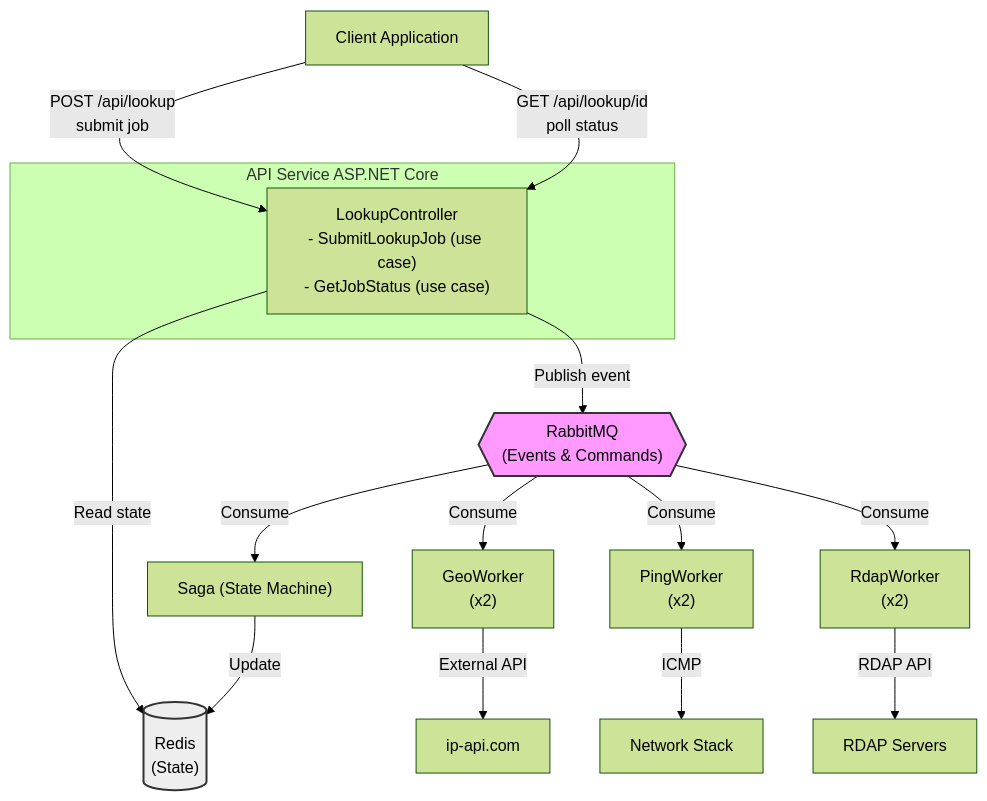
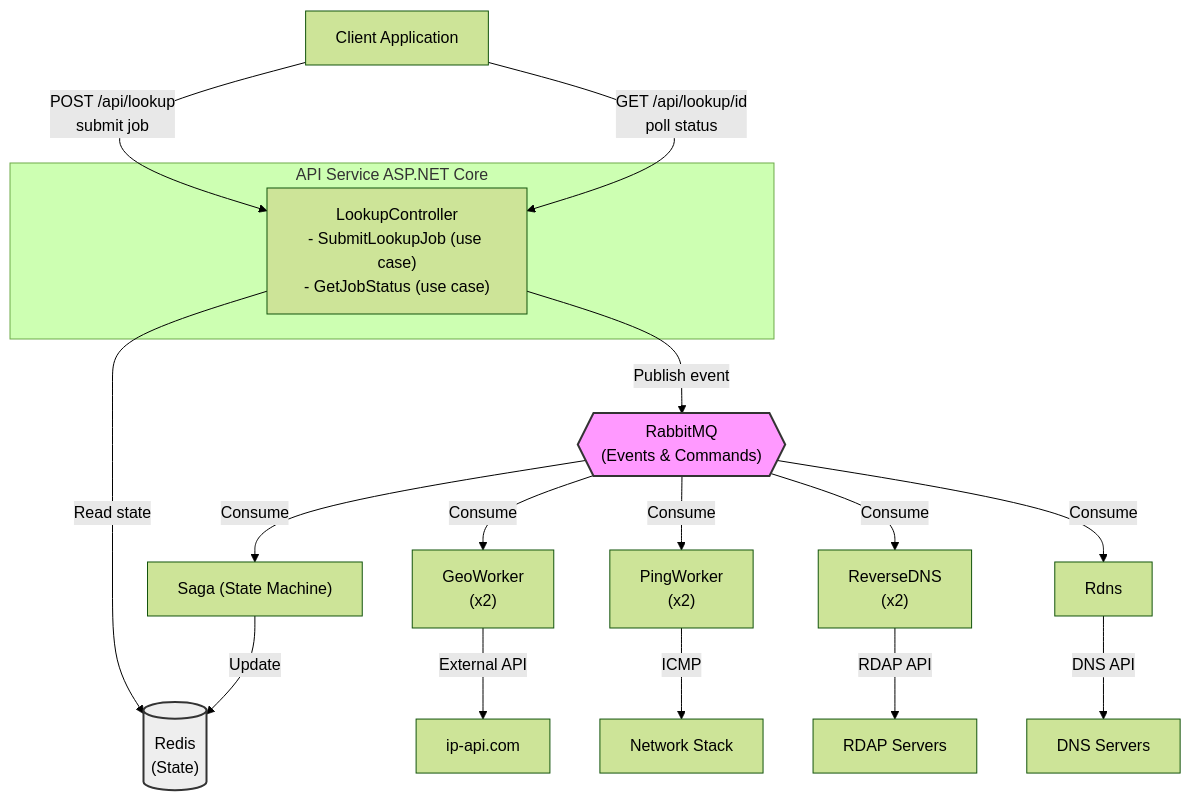
Before and after one commit to sanaullahmohammed/DistributedLookup: the first of 13 diagrams in DIAGRAMS.md, drawn with Mermaid (forest theme). The commit also changed other lines of this file and 3 other files, not shown here.

Commit message:
docs: Update project documentation to reflect .NET 10 upgrade and clarify architecture highlights

````diff
--- a/DIAGRAMS.md
+++ b/DIAGRAMS.md
@@ -5,49 +5,53 @@
 ```mermaid
 graph TD
     %% Nodes
     Client[Client Application]
 
     subgraph API_Service [API Service ASP.NET Core]
         Controller["LookupController<br/>- SubmitLookupJob (use case)<br/>- GetJobStatus (use case)"]
     end
 
     RabbitMQ{{"RabbitMQ<br/>(Events & Commands)"}}
     Redis[("Redis<br/>(State)")]
 
     %% Workers
     Saga["Saga (State Machine)"]
     Geo["GeoWorker<br/>(x2)"]
     Ping["PingWorker<br/>(x2)"]
     Rdap["RdapWorker<br/>(x2)"]
+    Rdap["ReverseDNS<br/>(x2)"]
 
     %% External Systems
     ExtIP["ip-api.com"]
     ExtNet["Network Stack"]
     ExtRdap["RDAP Servers"]
+    ExtRdns["DNS Servers"]
 
     %% Connections: Client to API
     Client -->|POST /api/lookup<br/>submit job| Controller
     Client -->|GET /api/lookup/id<br/>poll status| Controller
 
     %% Connections: API to Infra
     Controller -->|"Publish event"| RabbitMQ
     Controller -->|"Read state"| Redis
 
     %% Connections: RabbitMQ to Consumers
     RabbitMQ -->|Consume| Saga
     RabbitMQ -->|Consume| Geo
     RabbitMQ -->|Consume| Ping
     RabbitMQ -->|Consume| Rdap
+    RabbitMQ -->|Consume| Rdns
 
     %% Connections: Workers to Targets
     Saga -->|Update| Redis
     Geo -->|"External API"| ExtIP
     Ping -->|ICMP| ExtNet
     Rdap -->|"RDAP API"| ExtRdap
+    Rdns -->|"DNS API"| ExtRdns
 
     %% Styling for better visibility
     classDef storage fill:#eee,stroke:#333,stroke-width:2px;
     class Redis storage;
     classDef queue fill:#f9f,stroke:#333,stroke-width:2px;
     class RabbitMQ queue;
 ```
````
